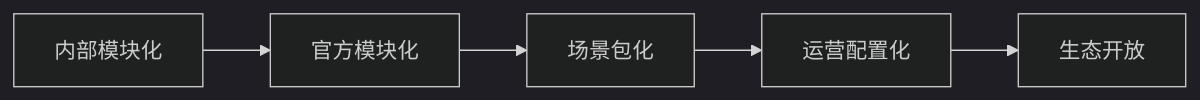
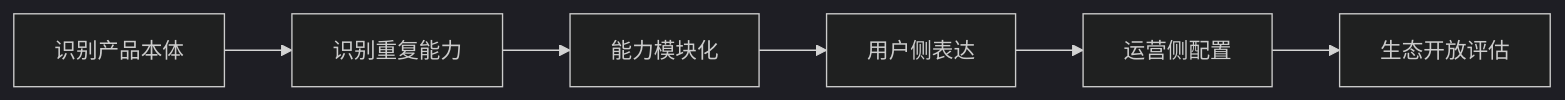
Before and after one commit to XiaoYang1127/dev-doc: the second of 2 diagrams in job/mod/toc-product-modularization.md, drawn with Mermaid (dark theme). The commit also changed other lines of this file and 5 other files, not shown here.

````diff
--- a/job/mod/toc-product-modularization.md
+++ b/job/mod/toc-product-modularization.md
@@ -499,7 +216,8 @@
 ```mermaid
 flowchart LR
-    A[内部模块化] --> B[官方模块化]
-    B --> C[场景包化]
-    C --> D[运营配置化]
-    D --> E[生态开放]
+    A[识别产品本体] --> B[识别重复能力]
+    B --> C[能力模块化]
+    C --> D[用户侧表达]
+    D --> E[运营侧配置]
+    E --> F[生态开放评估]
 ```
````
